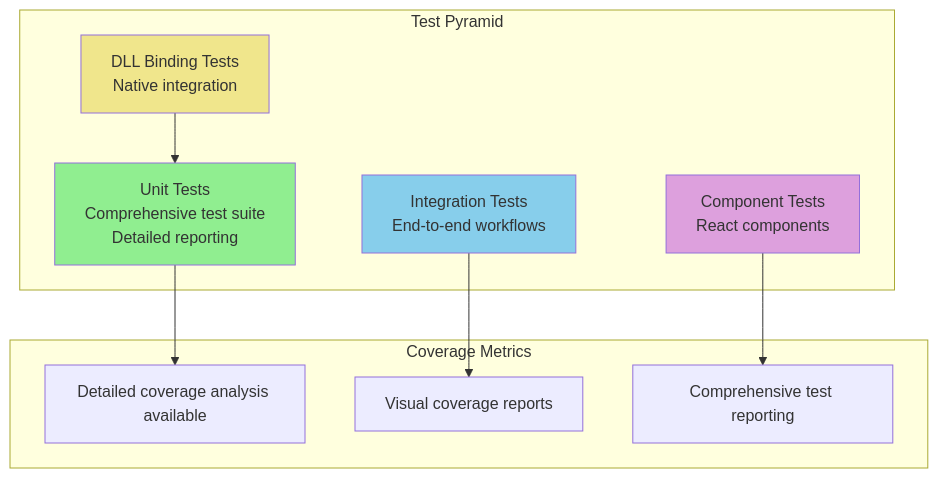
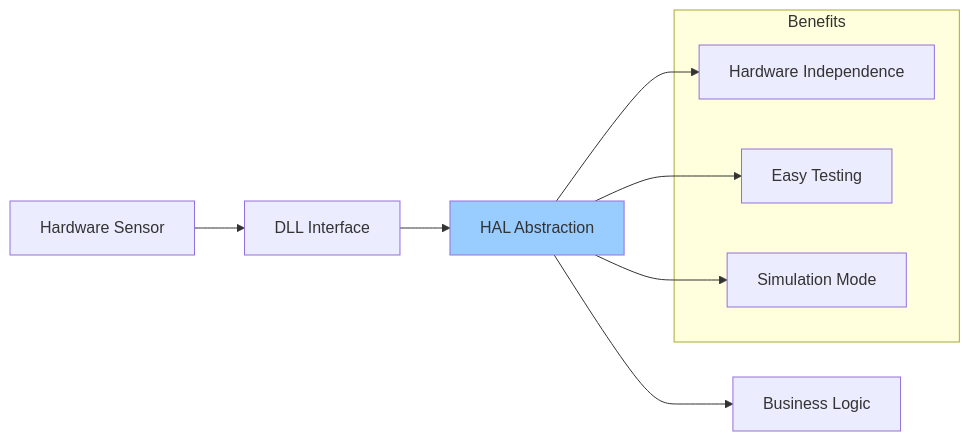
Diagram 11 of 14 in docs/system-architecture.md (Interlaken0/temperature-plotter), drawn with Mermaid before and after one commit. The commit also changed other lines of this file and 1 other file, not shown here.

````diff
--- a/docs/system-architecture.md
+++ b/docs/system-architecture.md
@@ -101,25 +325,18 @@
 ```mermaid
-graph TD
-    subgraph "Test Pyramid"
-        A[Unit Tests<br/>Comprehensive test suite<br/>Detailed reporting]
-        B[Integration Tests<br/>End-to-end workflows]
-        C[Component Tests<br/>React components]
-        D[DLL Binding Tests<br/>Native integration]
+graph LR
+    A[Hardware Sensor] --> B[DLL Interface]
+    B --> C[HAL Abstraction]
+    C --> D[Business Logic]
+    
+    subgraph "Benefits"
+        E[Hardware Independence]
+        F[Easy Testing]
+        G[Simulation Mode]
     end
     
-    subgraph "Coverage Metrics"
-        E[Detailed coverage analysis available]
-        F[Visual coverage reports]
-        G[Comprehensive test reporting]
-    end
+    C --> E
+    C --> F
+    C --> G
     
-    A --> E
-    B --> F
-    C --> G
-    D --> A
-    
-    style A fill:#90EE90
-    style B fill:#87CEEB
-    style C fill:#DDA0DD
-    style D fill:#F0E68C
+    style C fill:#99ccff
 ```
````
